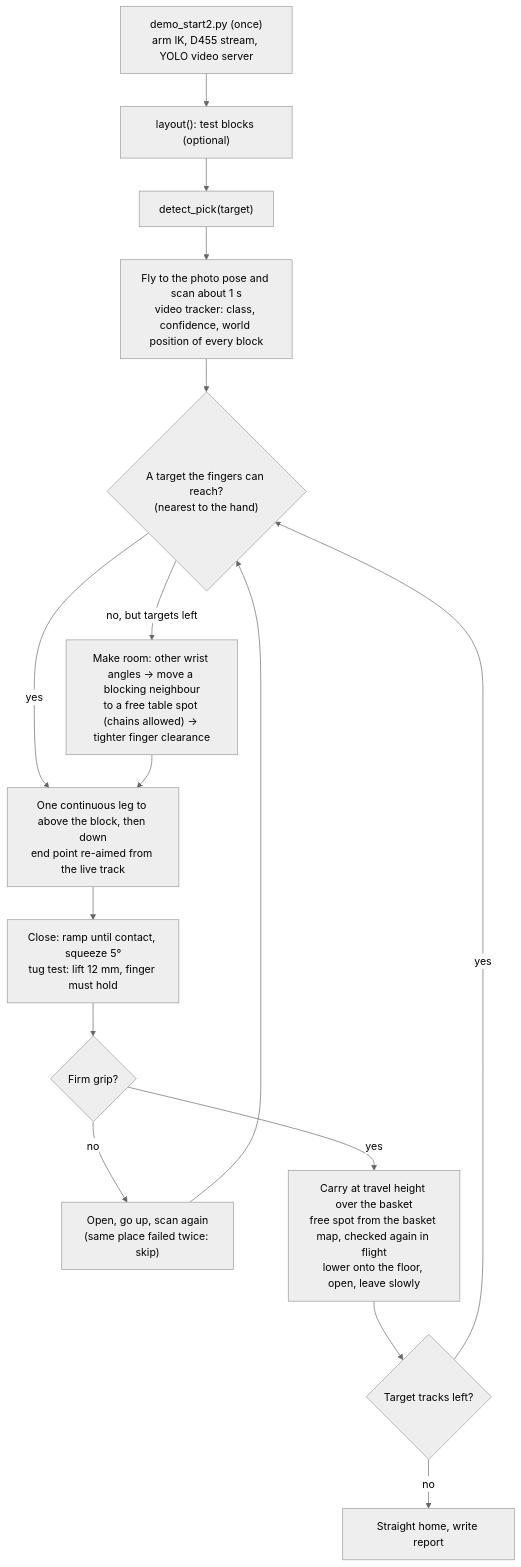
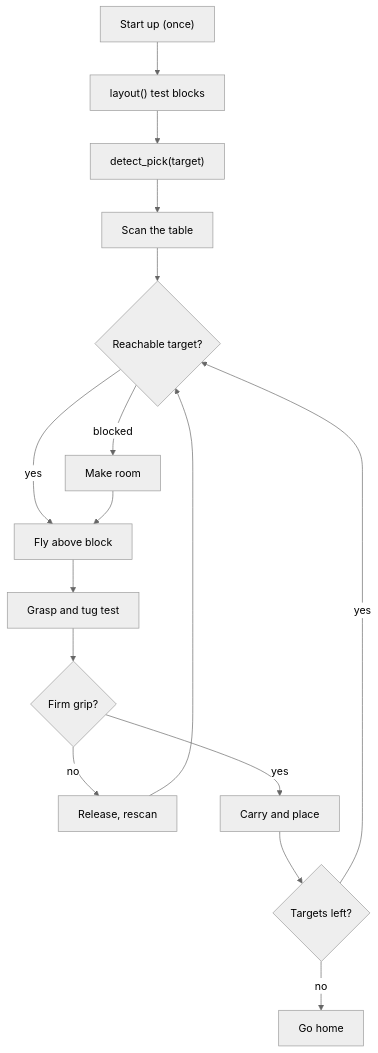
One commit to hayashimatsu/arm-detect-and-pick changed the diagram in README.md. Above: the diagram before and after it, drawn with Mermaid (neutral theme). The commit also changed other lines of this file and 5 other files, not shown here.

Commit message:
demo_start2.py is now the entry point (demo_start.py and the old shortcut removed); shorter flow chart; README cleanup

````diff
--- a/README.md
+++ b/README.md
@@ -123,18 +121,18 @@
 ```mermaid
 flowchart TD
-    S["demo_start2.py (once)<br/>arm IK, D455 stream, YOLO video server"] --> L["layout(): test blocks (optional)"]
+    S["Start up (once)"] --> L["layout() test blocks"]
     L --> A["detect_pick(target)"]
-    A --> V["Fly to the photo pose and scan about 1 s<br/>video tracker: class, confidence, world position of every block"]
-    V --> T{"A target the fingers can reach?<br/>(nearest to the hand)"}
-    T -- yes --> F
-    T -- "no, but targets left" --> C["Make room: other wrist angles → move a blocking neighbour<br/>to a free table spot (chains allowed) → tighter finger clearance"]
+    A --> V["Scan the table"]
+    V --> T{"Reachable target?"}
+    T -- yes --> F["Fly above block"]
+    T -- "blocked" --> C["Make room"]
     C --> F
-    F["One continuous leg to above the block, then down<br/>end point re-aimed from the live track"] --> G["Close: ramp until contact, squeeze 5°<br/>tug test: lift 12 mm, finger must hold"]
+    F --> G["Grasp and tug test"]
     G --> K{"Firm grip?"}
-    K -- no --> R["Open, go up, scan again<br/>(same place failed twice: skip)"]
+    K -- no --> R["Release, rescan"]
     R --> T
-    K -- yes --> P["Carry at travel height over the basket<br/>free spot from the basket map, checked again in flight<br/>lower onto the floor, open, leave slowly"]
-    P --> M{"Target tracks left?"}
+    K -- yes --> P["Carry and place"]
+    P --> M{"Targets left?"}
     M -- yes --> T
-    M -- no --> H["Straight home, write report"]
+    M -- no --> H["Go home"]
 ```
````
